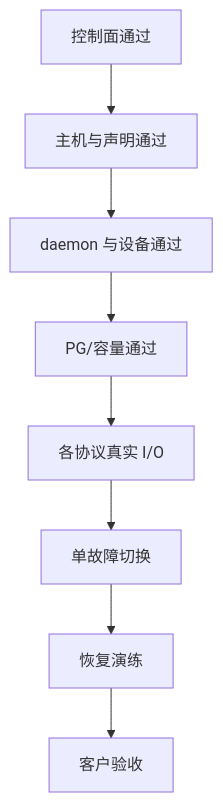
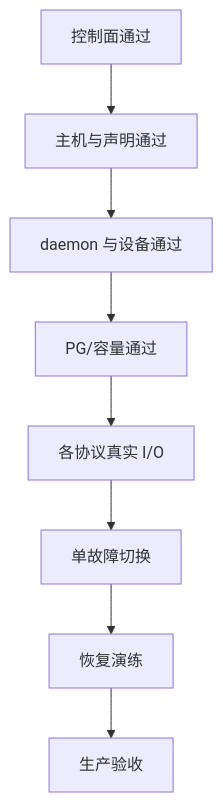
Diagram 46 of 50 in docs/storage/ceph/02-cephadm.md (brinnatt/kubeauto), drawn with Mermaid before and after one commit. The commit also changed other lines of this file and 8 other files, not shown here.

````diff
--- a/docs/storage/ceph/02-cephadm.md
+++ b/docs/storage/ceph/02-cephadm.md
@@ -2813,10 +2813,10 @@
 ```mermaid
 flowchart TD
   C[控制面通过] --> H[主机与声明通过]
   H --> D[daemon 与设备通过]
   D --> P[PG/容量通过]
   P --> S[各协议真实 I/O]
   S --> F[单故障切换]
   F --> R[恢复演练]
-  R --> A[客户验收]
+  R --> A[生产验收]
 ```
````
